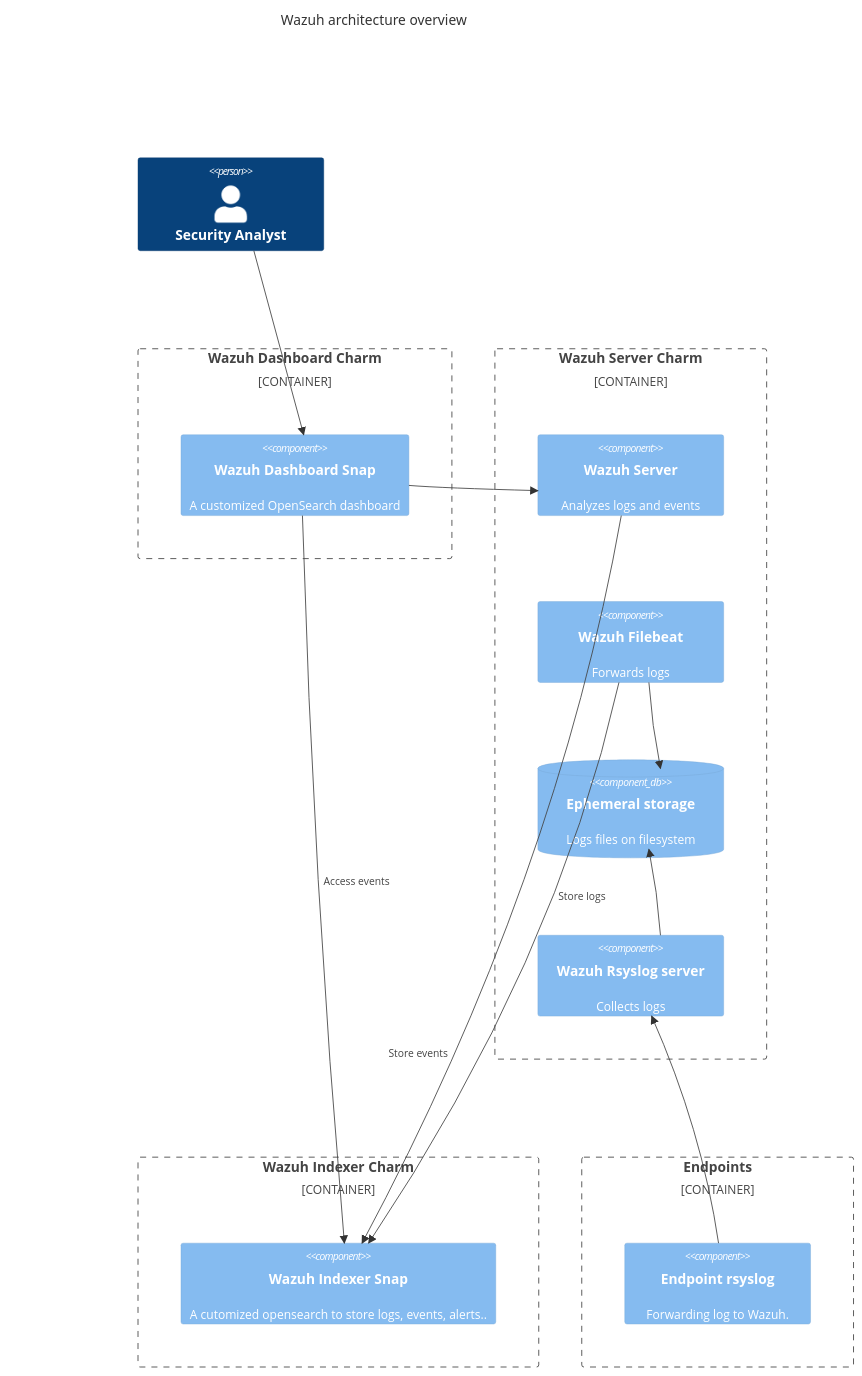
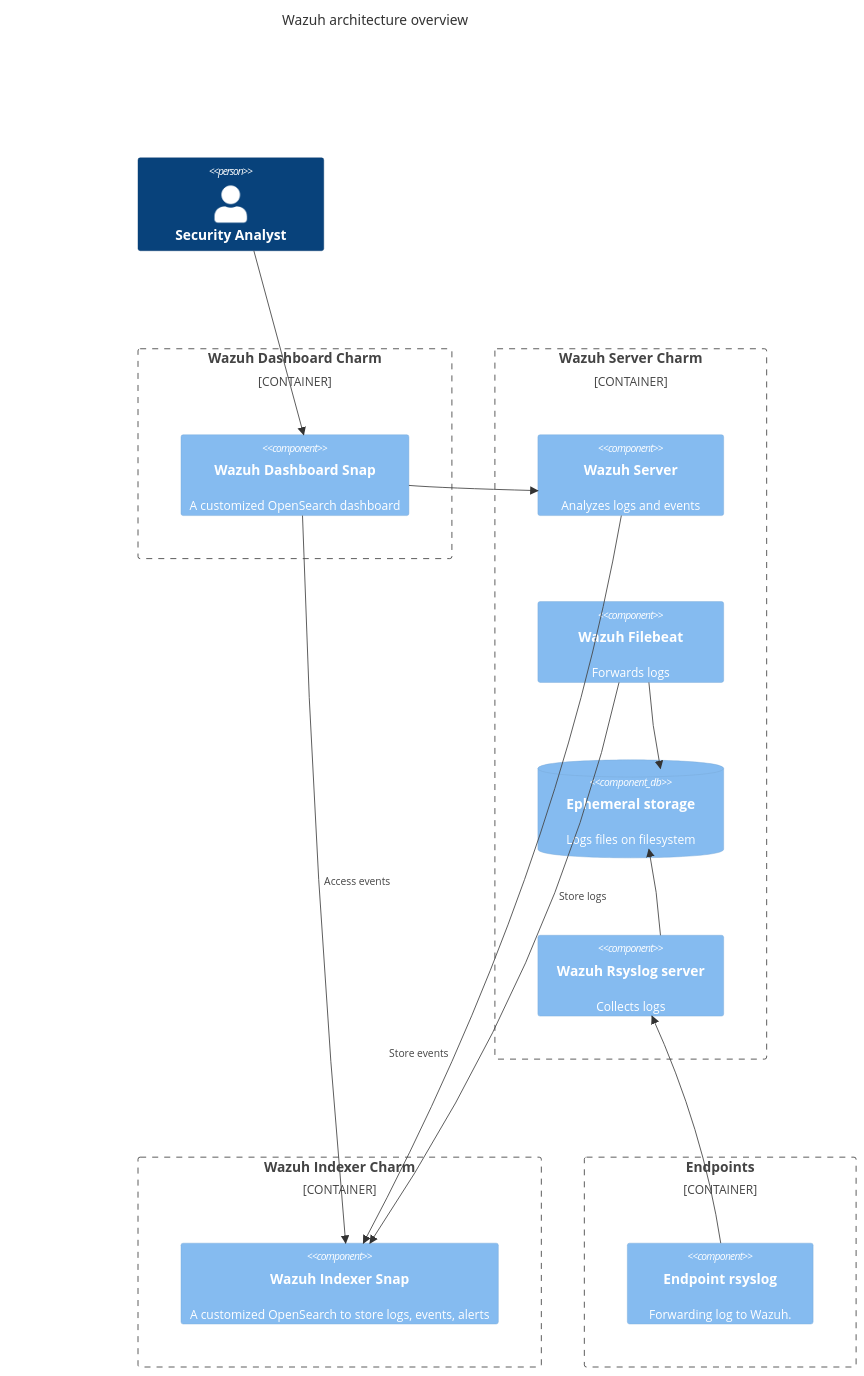
Before and after one commit to canonical/wazuh-server-operator: the diagram in docs/explanation/architecture-overview.md, drawn with Mermaid.

````diff
--- a/docs/explanation/architecture-overview.md
+++ b/docs/explanation/architecture-overview.md
@@ -8,42 +8,42 @@
 ```mermaid
 C4Context
 title Wazuh architecture overview
 
 Person(security-analyst, "Security Analyst", "")
 Rel(security-analyst, wazuh-dashboard, "")
 
 Container_Boundary(wazuh-dashboard, "Wazuh Dashboard Charm") {
     Component(wazuh-dashboard, "Wazuh Dashboard Snap", "","A customized OpenSearch dashboard")
 }
 
 
 Container_Boundary(synapse, "Wazuh Server Charm") {
   Component(wazuh-server, "Wazuh Server", "", "Analyzes logs and events")
   Component(wazuh-filebeat, "Wazuh Filebeat", "", "Forwards logs")
   ComponentDb(filesystem, "Ephemeral storage", "", "Logs files on filesystem")
   Component(wazuh-rsyslog, "Wazuh Rsyslog server", "", "Collects logs")
   Rel(wazuh-rsyslog, filesystem,"")
   Rel(wazuh-filebeat, filesystem,"")
 }
 Rel(wazuh-filebeat, wazuh-indexer,"Store logs")
 
 Container_Boundary(wazuh-indexer, "Wazuh Indexer Charm") {
-    Component(wazuh-indexer, "Wazuh Indexer Snap", "","A cutomized opensearch to store logs, events, alerts..")
+    Component(wazuh-indexer, "Wazuh Indexer Snap", "","A customized OpenSearch to store logs, events, alerts")
 }
 
 
 Container_Boundary(endpoints, "Endpoints") {
     Component(endpoint-rsyslog, "Endpoint rsyslog", "","Forwarding log to Wazuh.")
 }
 
 
 Rel(wazuh-server, wazuh-indexer, "Store events")
 Rel(wazuh-dashboard, wazuh-indexer, "Access events")
 Rel(wazuh-dashboard, wazuh-server, "")
 Rel(endpoint-rsyslog, wazuh-rsyslog, "")
 
 UpdateRelStyle(wazuh-server, wazuh-indexer, $offsetX="-120", $offsetY="200")
 UpdateRelStyle(wazuh-filebeat, wazuh-indexer, $offsetX="75", $offsetY="-80")
 
 UpdateLayoutConfig($c4ShapeInRow="2", $c4BoundaryInRow="2")
 ```
````
